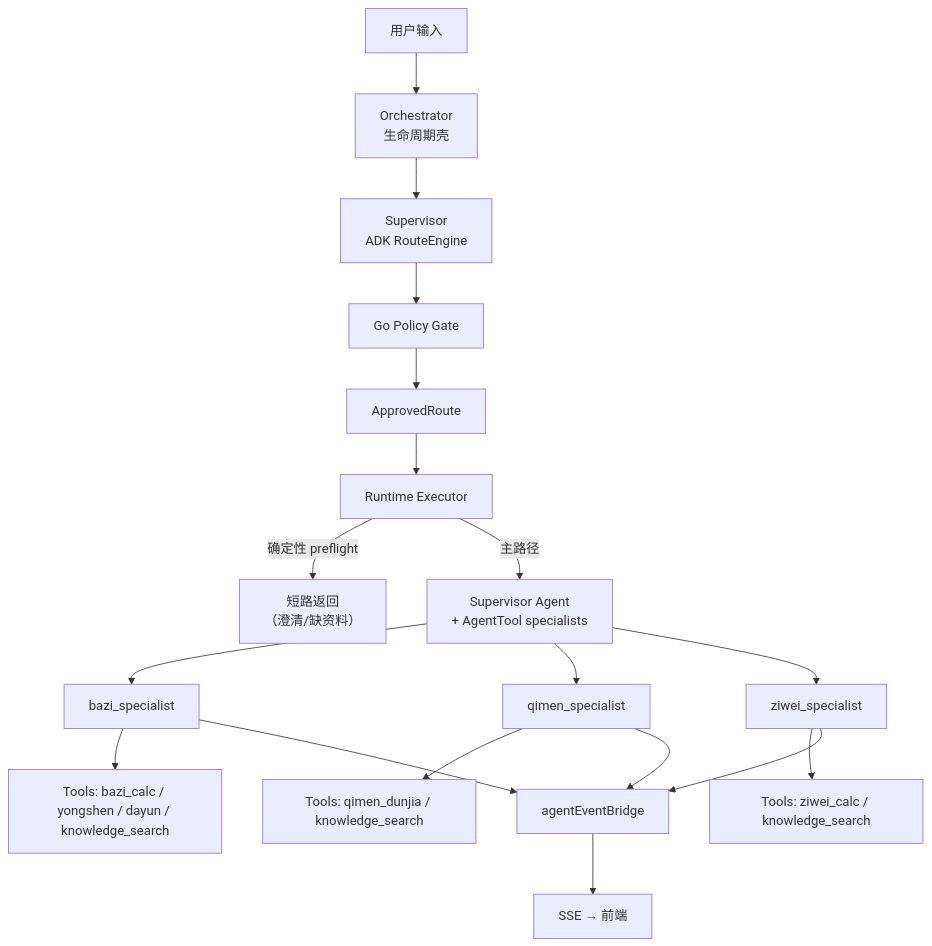
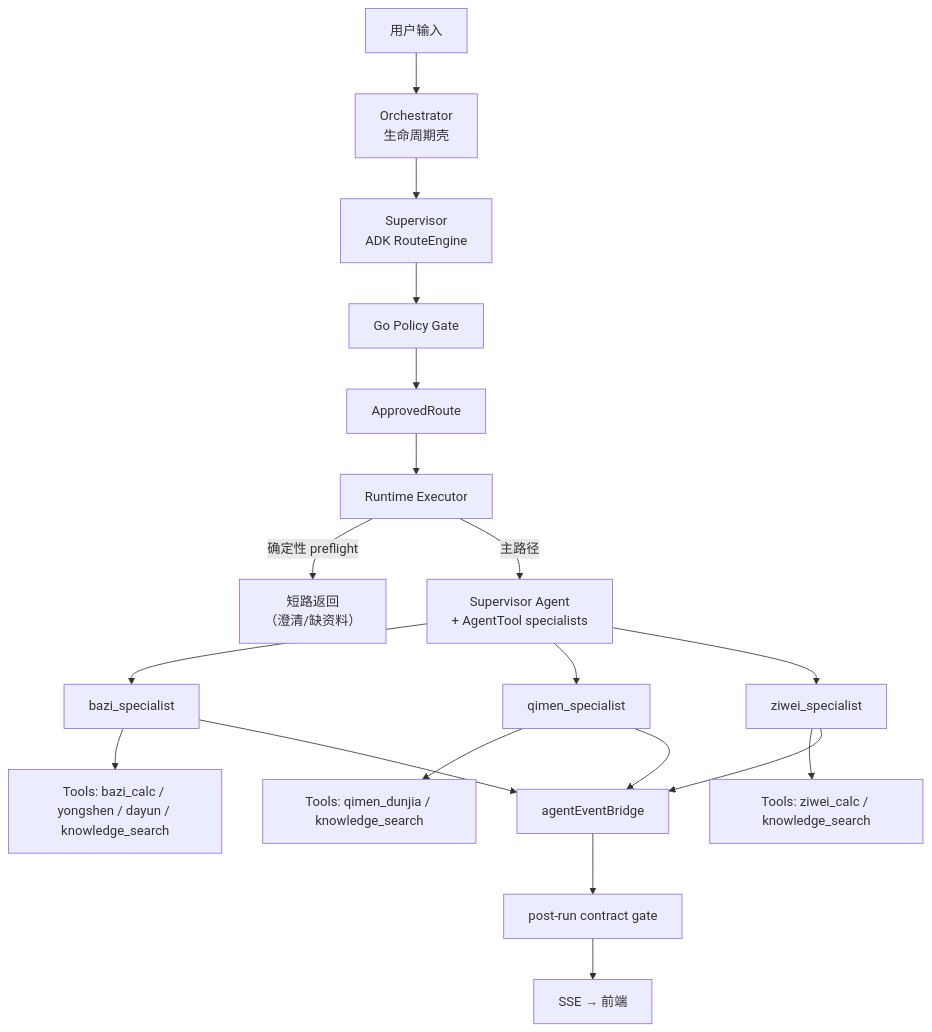
One commit to observer-mimiron/suanming-agent changed the diagram in docs/architecture.md. Above: the diagram before and after it, drawn with Mermaid. The commit also changed other lines of this file and 102 other files, not shown here.

````diff
--- a/docs/architecture.md
+++ b/docs/architecture.md
@@ -24,20 +23,21 @@
 ```mermaid
 flowchart TD
     U["用户输入"] --> OR["Orchestrator<br/>生命周期壳"]
     OR --> SV["Supervisor<br/>ADK RouteEngine"]
     SV --> PG["Go Policy Gate"]
     PG --> AR["ApprovedRoute"]
     AR --> EX["Runtime Executor"]
     EX -->|确定性 preflight| SC["短路返回<br/>（澄清/缺资料）"]
     EX -->|主路径| SA["Supervisor Agent<br/>+ AgentTool specialists"]
     SA --> BZ["bazi_specialist"]
     SA --> QM["qimen_specialist"]
     SA --> ZW["ziwei_specialist"]
     BZ --> TK["Tools: bazi_calc / yongshen / dayun / knowledge_search"]
     QM --> TK2["Tools: qimen_dunjia / knowledge_search"]
     ZW --> TK3["Tools: ziwei_calc / knowledge_search"]
     BZ --> BR["agentEventBridge"]
     QM --> BR
     ZW --> BR
-    BR --> SSE["SSE → 前端"]
+    BR --> FG["post-run contract gate"]
+    FG --> SSE["SSE → 前端"]
 ```
````
